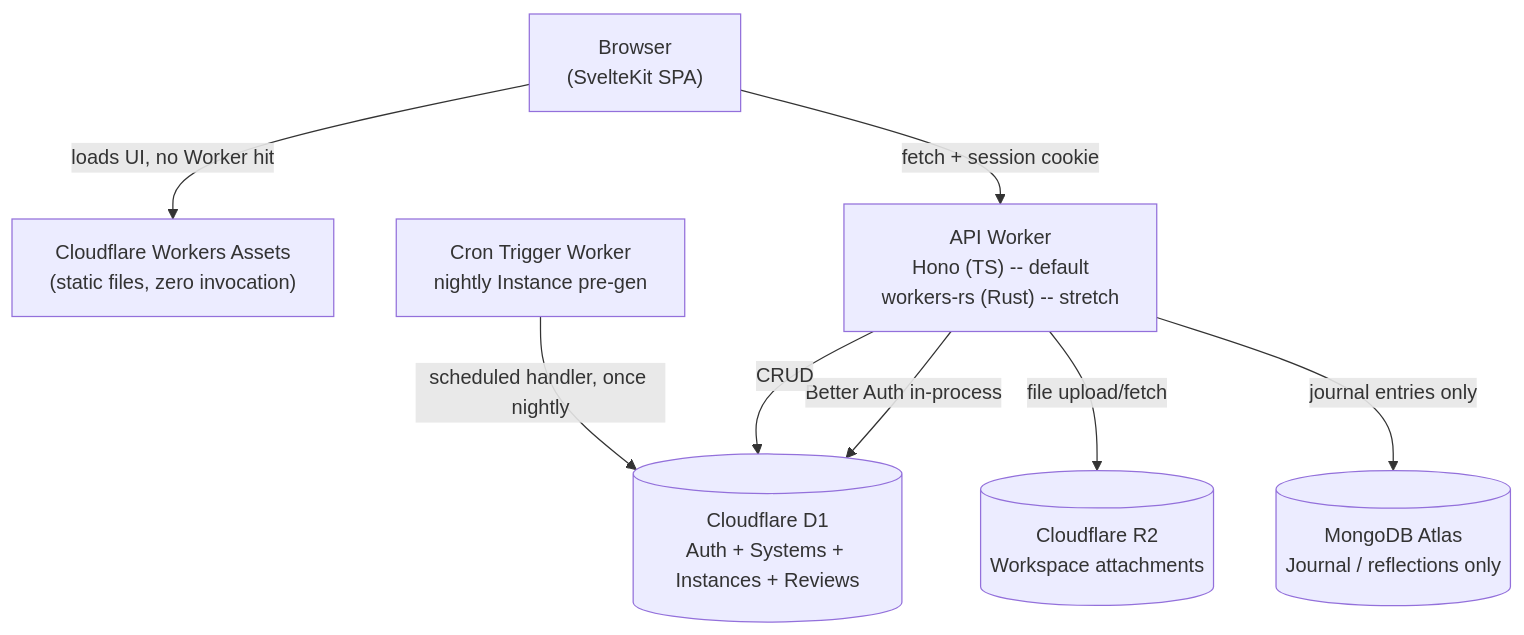
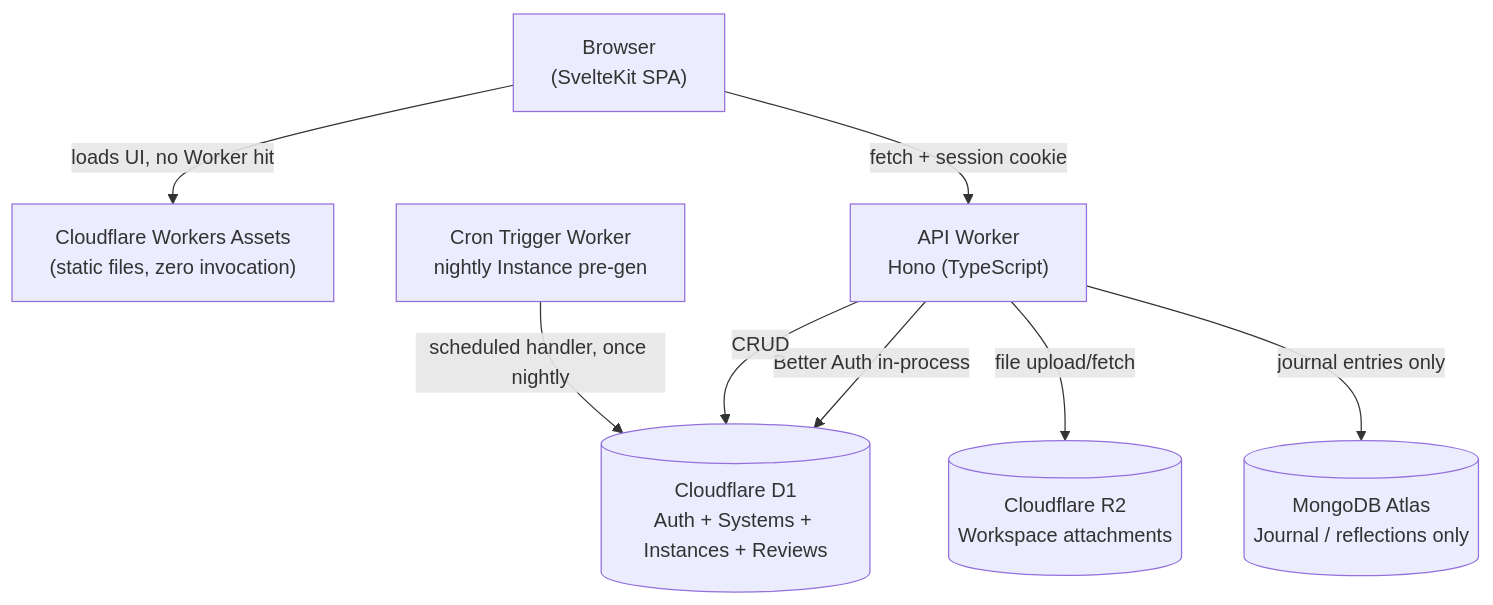
One commit to Zyxavy/Polaris changed the diagram in docs/ADRs/001-tech-stack-adr.md. Above: the diagram before and after it, drawn with Mermaid. The commit also changed other lines of this file and 6 other files, not shown here.

````diff
--- a/docs/ADRs/001-tech-stack-adr.md
+++ b/docs/ADRs/001-tech-stack-adr.md
@@ -40,18 +43,18 @@
 ```mermaid
 flowchart TB
     Browser["Browser<br/>(SvelteKit SPA)"]
     Assets["Cloudflare Workers Assets<br/>(static files, zero invocation)"]
-    API["API Worker<br/>Hono (TS) -- default<br/>workers-rs (Rust) -- stretch"]
+    API["API Worker<br/>Hono (TypeScript)"]
     Cron["Cron Trigger Worker<br/>nightly Instance pre-gen"]
     D1db[("Cloudflare D1<br/>Auth + Systems + Instances + Reviews")]
     R2store[("Cloudflare R2<br/>Workspace attachments")]
     Mongo[("MongoDB Atlas<br/>Journal / reflections only")]
 
     Browser -- "loads UI, no Worker hit" --> Assets
     Browser -- "fetch + session cookie" --> API
     API -- "Better Auth in-process" --> D1db
     API -- "CRUD" --> D1db
     API -- "file upload/fetch" --> R2store
     API -- "journal entries only" --> Mongo
     Cron -- "scheduled handler, once nightly" --> D1db
 ```
````
